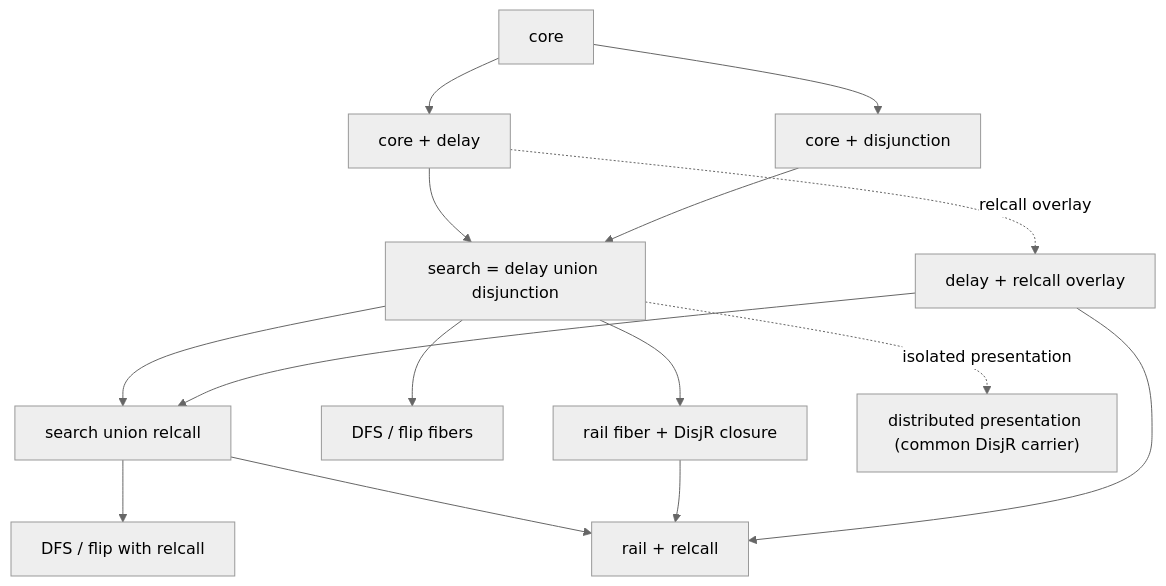
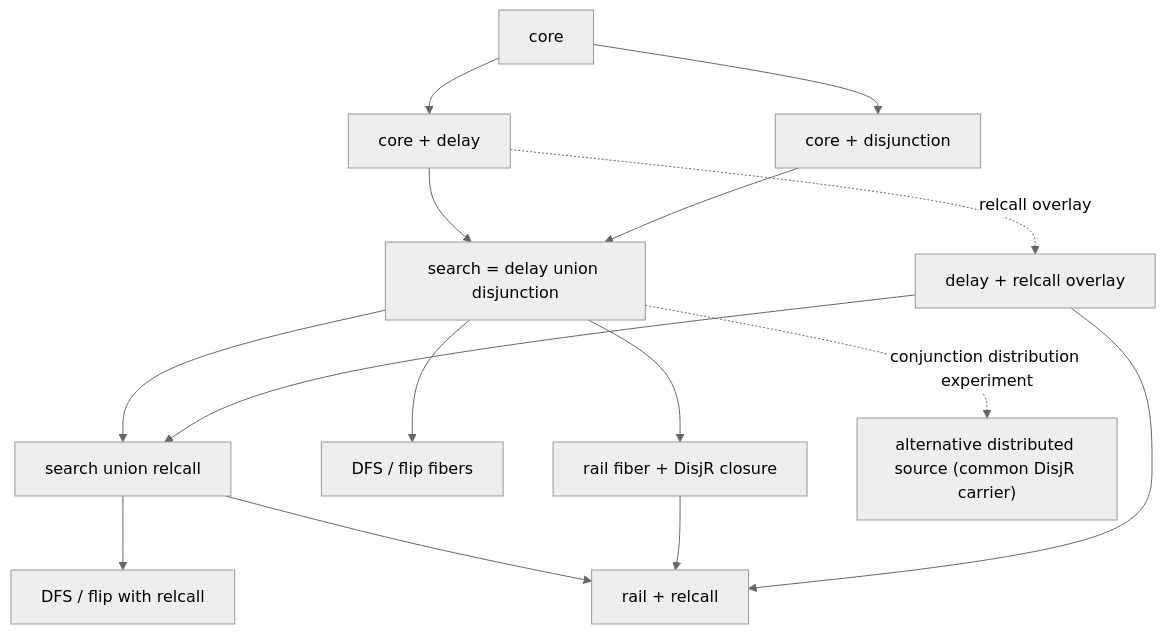
The diagram in racket-server/src/search-lattice/SEMILATTICE.md (brysenPfingsten/Modeling-miniKanren-in-Redex), drawn with Mermaid (neutral theme) before and after one commit. The commit also changed other lines of this file and 57 other files, not shown here.

````diff
--- a/racket-server/src/search-lattice/SEMILATTICE.md
+++ b/racket-server/src/search-lattice/SEMILATTICE.md
@@ -20,29 +26,29 @@
 ```mermaid
 flowchart TD
   CORE["core"]
   DELAY["core + delay"]
   DISJ["core + disjunction"]
   SEARCH["search = delay union disjunction"]
   RELCALL["delay + relcall overlay"]
   SEARCHCALL["search union relcall"]
   DFSFLIP["DFS / flip fibers"]
   RAIL["rail fiber + DisjR closure"]
   DFSFLIPCALL["DFS / flip with relcall"]
   RAILCALL["rail + relcall"]
-  DISTRIBUTED["distributed presentation (common DisjR carrier)"]
+  DISTRIBUTED["alternative distributed source (common DisjR carrier)"]
 
   CORE --> DELAY
   CORE --> DISJ
   DELAY --> SEARCH
   DISJ --> SEARCH
   DELAY -. "relcall overlay" .-> RELCALL
   SEARCH --> SEARCHCALL
   RELCALL --> SEARCHCALL
   SEARCH --> DFSFLIP
   SEARCH --> RAIL
   SEARCHCALL --> DFSFLIPCALL
   SEARCHCALL --> RAILCALL
   RAIL --> RAILCALL
   RELCALL --> RAILCALL
-  SEARCH -. "isolated presentation" .-> DISTRIBUTED
+  SEARCH -. "conjunction distribution experiment" .-> DISTRIBUTED
 ```
````
